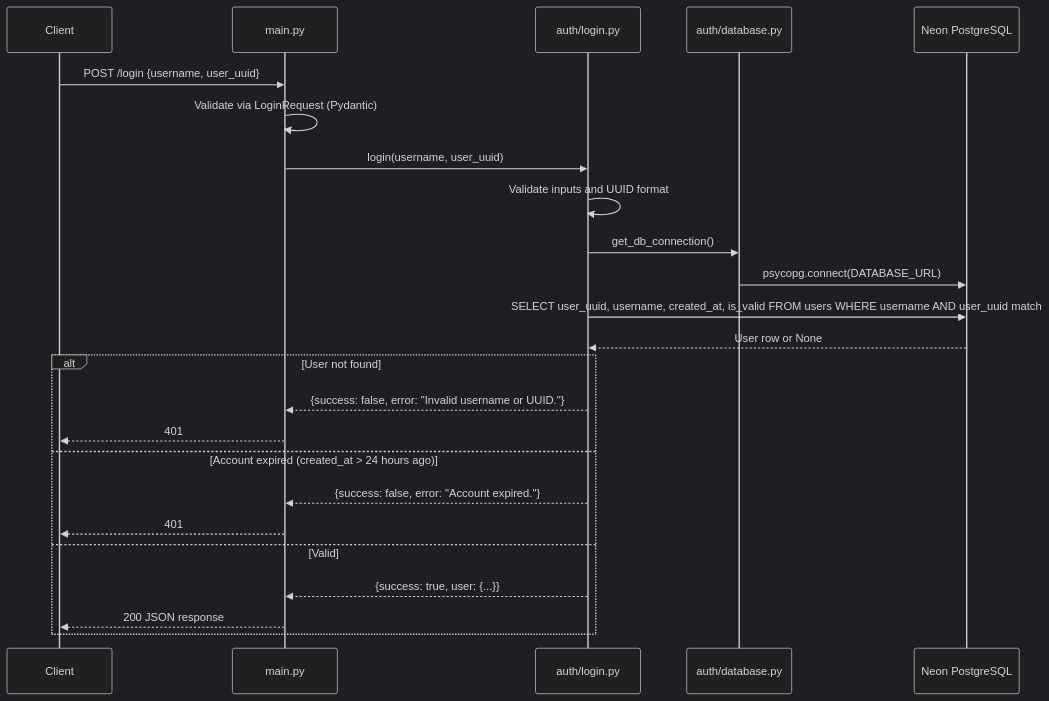
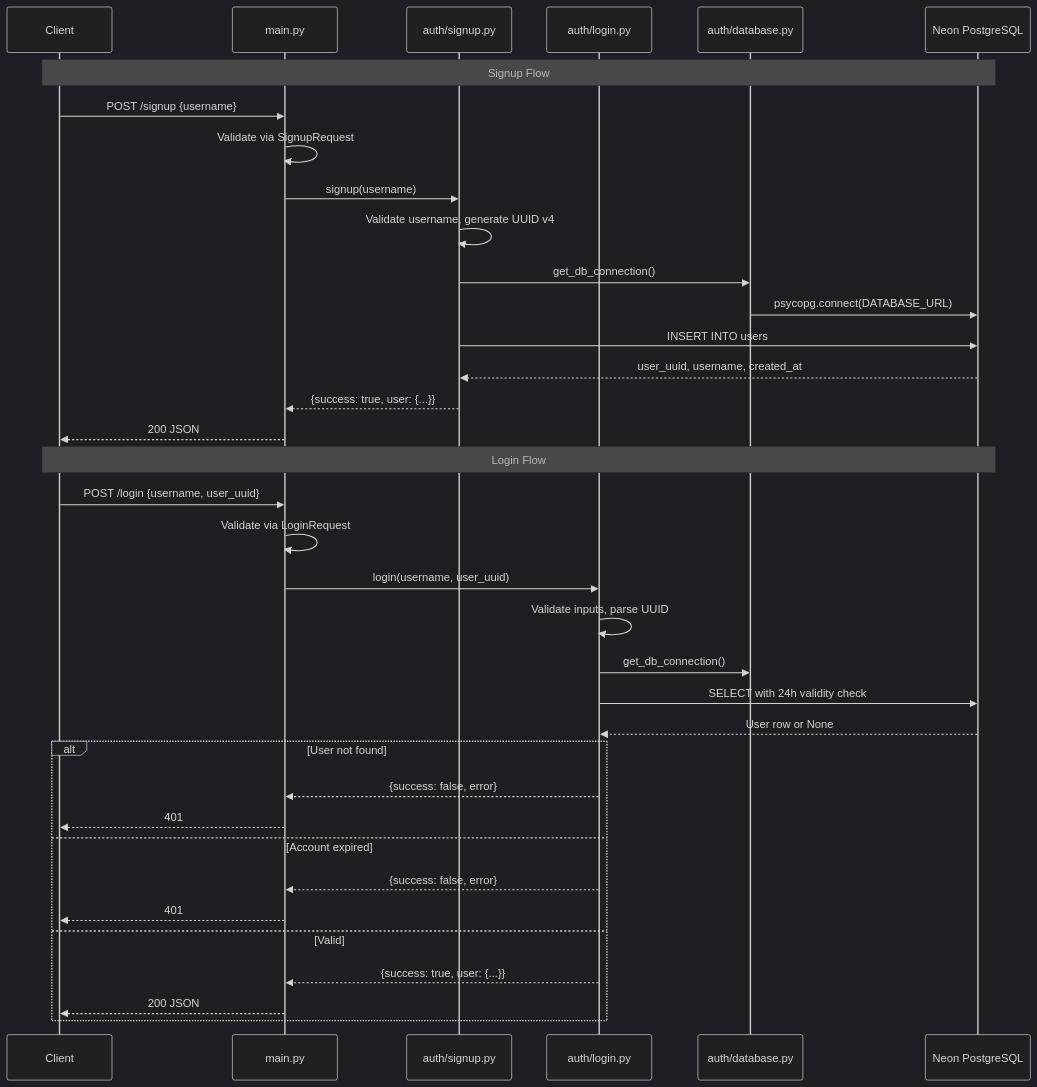
The second of 4 diagrams in Documents/PROJECT_FLOWS.md (MONARCH1108/monarch-AI-Bot), drawn with Mermaid (dark theme) before and after one commit. The commit also changed other lines of this file and 2 other files, not shown here.

````diff
--- a/Documents/PROJECT_FLOWS.md
+++ b/Documents/PROJECT_FLOWS.md
@@ -81,27 +84,40 @@
 ```mermaid
 sequenceDiagram
     participant Client
     participant FastAPI as main.py
+    participant Signup as auth/signup.py
     participant Login as auth/login.py
     participant DB as auth/database.py
     participant Postgres as Neon PostgreSQL
 
+    Note over Client,Postgres: Signup Flow
+    Client->>FastAPI: POST /signup {username}
+    FastAPI->>FastAPI: Validate via SignupRequest
+    FastAPI->>Signup: signup(username)
+    Signup->>Signup: Validate username, generate UUID v4
+    Signup->>DB: get_db_connection()
+    DB->>Postgres: psycopg.connect(DATABASE_URL)
+    Signup->>Postgres: INSERT INTO users
+    Postgres-->>Signup: user_uuid, username, created_at
+    Signup-->>FastAPI: {success: true, user: {...}}
+    FastAPI-->>Client: 200 JSON
+
+    Note over Client,Postgres: Login Flow
     Client->>FastAPI: POST /login {username, user_uuid}
-    FastAPI->>FastAPI: Validate via LoginRequest (Pydantic)
+    FastAPI->>FastAPI: Validate via LoginRequest
     FastAPI->>Login: login(username, user_uuid)
-    Login->>Login: Validate inputs and UUID format
+    Login->>Login: Validate inputs, parse UUID
     Login->>DB: get_db_connection()
-    DB->>Postgres: psycopg.connect(DATABASE_URL)
-    Login->>Postgres: SELECT user_uuid, username, created_at, is_valid FROM users WHERE username AND user_uuid match
+    Login->>Postgres: SELECT with 24h validity check
     Postgres-->>Login: User row or None
     alt User not found
-        Login-->>FastAPI: {success: false, error: "Invalid username or UUID."}
+        Login-->>FastAPI: {success: false, error}
         FastAPI-->>Client: 401
-    else Account expired (created_at > 24 hours ago)
-        Login-->>FastAPI: {success: false, error: "Account expired."}
+    else Account expired
+        Login-->>FastAPI: {success: false, error}
         FastAPI-->>Client: 401
     else Valid
         Login-->>FastAPI: {success: true, user: {...}}
-        FastAPI-->>Client: 200 JSON response
+        FastAPI-->>Client: 200 JSON
     end
 ```
````
